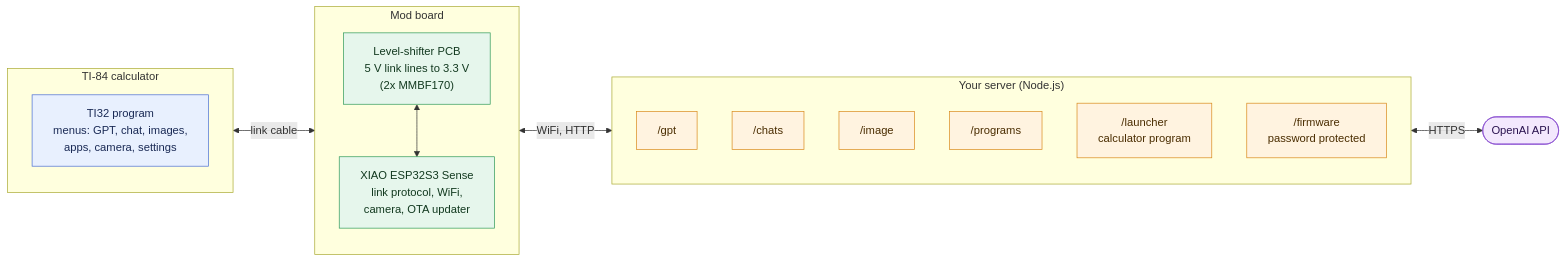
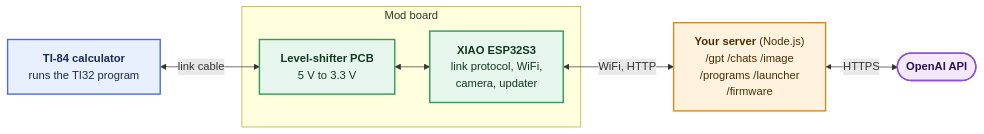
Before and after one commit to TheLlamainator/TI84-AI-Mod: the first of 2 diagrams in docs/overview.md, drawn with Mermaid. The commit also changed other lines of this file and 5 other files, not shown here.

Commit message:
Better README, zoomable diagrams

````diff
--- a/docs/overview.md
+++ b/docs/overview.md
@@ -25,40 +25,26 @@
 ```mermaid
 flowchart LR
-    subgraph CALC["TI-84 calculator"]
-        direction TB
-        PRG["TI32 program<br/>menus: GPT, chat, images,<br/>apps, camera, settings"]
+    CALC["<b>TI-84 calculator</b><br/>runs the TI32 program"]
+
+    subgraph MOD["Mod board"]
+        PCB["<b>Level-shifter PCB</b><br/>5 V to 3.3 V"]
+        ESP["<b>XIAO ESP32S3</b><br/>link protocol, WiFi,<br/>camera, updater"]
     end
 
-    subgraph BOARD["Mod board"]
-        direction TB
-        PCB["Level-shifter PCB<br/>5 V link lines to 3.3 V<br/>(2x MMBF170)"]
-        ESP["XIAO ESP32S3 Sense<br/>link protocol, WiFi,<br/>camera, OTA updater"]
-        PCB <--> ESP
-    end
+    SRV["<b>Your server</b> (Node.js)<br/>/gpt  /chats  /image<br/>/programs  /launcher<br/>/firmware"]
+    AI(["<b>OpenAI API</b>"])
 
-    subgraph SRV["Your server (Node.js)"]
-        direction TB
-        GPT["/gpt"]
-        CHAT["/chats"]
-        IMG["/image"]
-        PRGS["/programs"]
-        LAUNCH["/launcher<br/>calculator program"]
-        FW["/firmware<br/>password protected"]
-    end
+    CALC <-->|"link cable"| PCB
+    PCB <--> ESP
+    ESP <-->|"WiFi, HTTP"| SRV
+    SRV <-->|"HTTPS"| AI
 
-    OPENAI(["OpenAI API"])
-
-    PRG <-->|"link cable"| PCB
-    ESP <-->|"WiFi, HTTP"| SRV
-    GPT <-->|"HTTPS"| OPENAI
-
-
-    classDef calc fill:#e8f0fe,stroke:#4a6fd4,color:#1a2a55
-    classDef board fill:#e6f6ec,stroke:#2f9a5a,color:#12391f
-    classDef srv fill:#fff3e0,stroke:#d98a1c,color:#4a2d00
-    classDef ext fill:#f3e8fd,stroke:#8a4fd0,color:#2b1450
-    class PRG calc
+    classDef calc fill:#e8f0fe,stroke:#4a6fd4,stroke-width:2px,color:#1a2a55
+    classDef board fill:#e6f6ec,stroke:#2f9a5a,stroke-width:2px,color:#12391f
+    classDef srv fill:#fff3e0,stroke:#d98a1c,stroke-width:2px,color:#4a2d00
+    classDef ext fill:#f3e8fd,stroke:#8a4fd0,stroke-width:2px,color:#2b1450
+    class CALC calc
     class PCB,ESP board
-    class GPT,CHAT,IMG,PRGS,LAUNCH,FW srv
-    class OPENAI ext
+    class SRV srv
+    class AI ext
 ```
````
